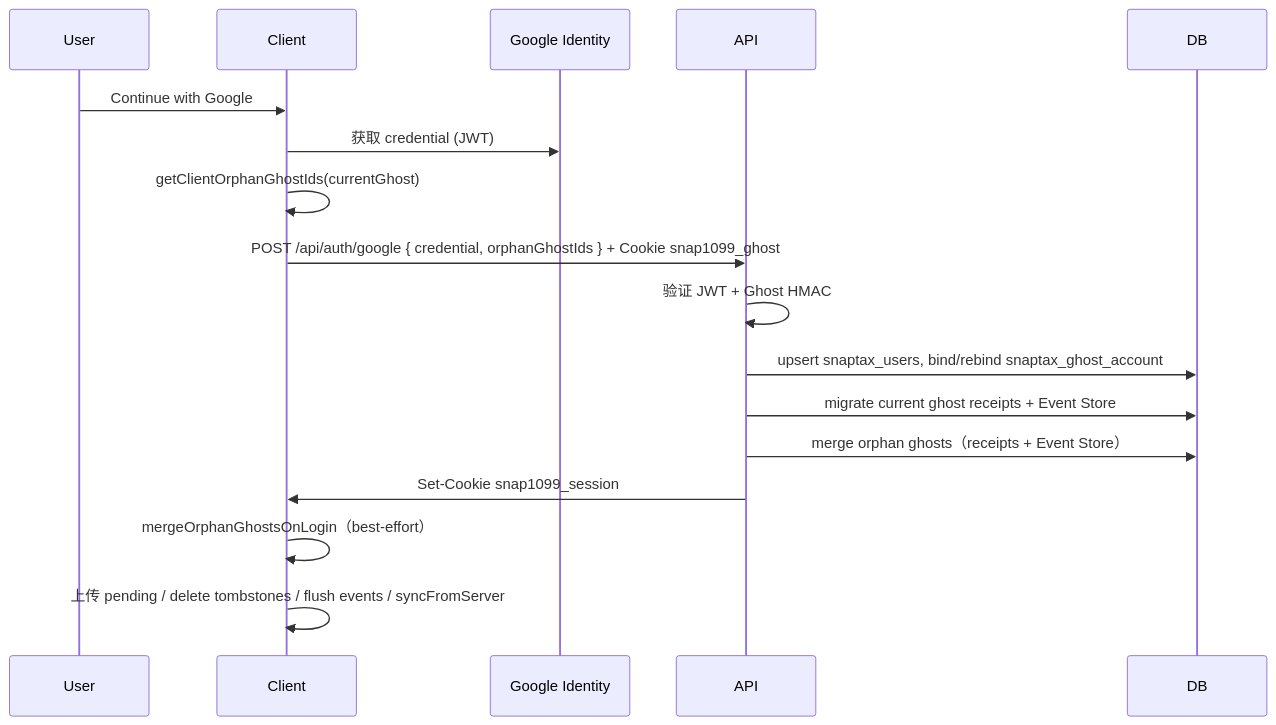
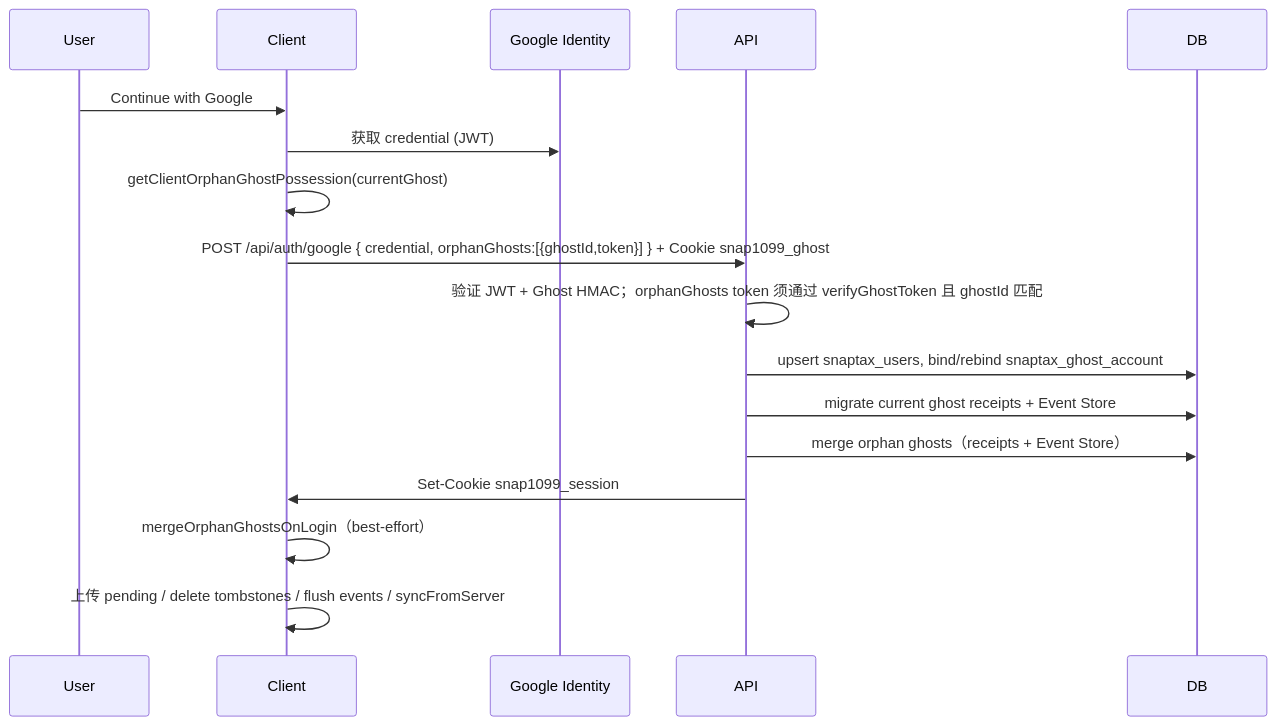
Before and after one commit to isgalloping/snaptax: the second of 2 diagrams in docs/tech/05-auth-ghost-google.md, drawn with Mermaid. The commit also changed other lines of this file and 17 other files, not shown here.

First line of the commit message:
fix(sync): require HMAC possession for orphan ghost merge

````diff
--- a/docs/tech/05-auth-ghost-google.md
+++ b/docs/tech/05-auth-ghost-google.md
@@ -37,20 +37,20 @@
 ```mermaid
 sequenceDiagram
     participant User
     participant Client
     participant GIS as Google Identity
     participant API
     participant DB
 
     User->>Client: Continue with Google
     Client->>GIS: 获取 credential (JWT)
-    Client->>Client: getClientOrphanGhostIds(currentGhost)
-    Client->>API: POST /api/auth/google { credential, orphanGhostIds } + Cookie snap1099_ghost
-    API->>API: 验证 JWT + Ghost HMAC
+    Client->>Client: getClientOrphanGhostPossession(currentGhost)
+    Client->>API: POST /api/auth/google { credential, orphanGhosts:[{ghostId,token}] } + Cookie snap1099_ghost
+    API->>API: 验证 JWT + Ghost HMAC；orphanGhosts token 须通过 verifyGhostToken 且 ghostId 匹配
     API->>DB: upsert snaptax_users, bind/rebind snaptax_ghost_account
     API->>DB: migrate current ghost receipts + Event Store
     API->>DB: merge orphan ghosts（receipts + Event Store）
     API->>Client: Set-Cookie snap1099_session
     Client->>Client: mergeOrphanGhostsOnLogin（best-effort）
     Client->>Client: 上传 pending / delete tombstones / flush events / syncFromServer
 ```
````
